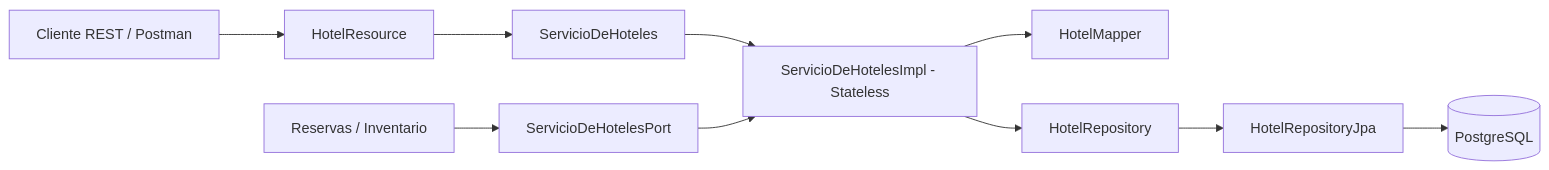
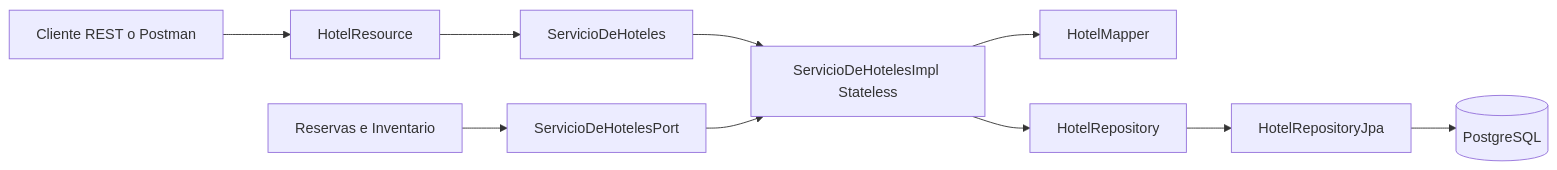
The diagram in docs/entrega-parcial-1/servicio-hoteles.md (chiara-p581/StayHub), drawn with Mermaid before and after one commit. The commit also changed other lines of this file and 15 other files, not shown here.

Commit message:
feat: robustecer ServicioDeHoteles y actualizar documentacion

````diff
--- a/docs/entrega-parcial-1/servicio-hoteles.md
+++ b/docs/entrega-parcial-1/servicio-hoteles.md
@@ -46,12 +60,12 @@
 ```mermaid
 flowchart LR
-    HTTP[Cliente REST / Postman] --> API[HotelResource]
+    HTTP[Cliente REST o Postman] --> API[HotelResource]
     API --> F[ServicioDeHoteles]
-    INTERNOS[Reservas / Inventario] --> P[ServicioDeHotelesPort]
-    F --> S[ServicioDeHotelesImpl - Stateless]
+    INTERNOS[Reservas e Inventario] --> P[ServicioDeHotelesPort]
+    F --> S[ServicioDeHotelesImpl Stateless]
     P --> S
     S --> M[HotelMapper]
     S --> D[HotelRepository]
     D --> J[HotelRepositoryJpa]
     J --> PG[(PostgreSQL)]
 ```
````
